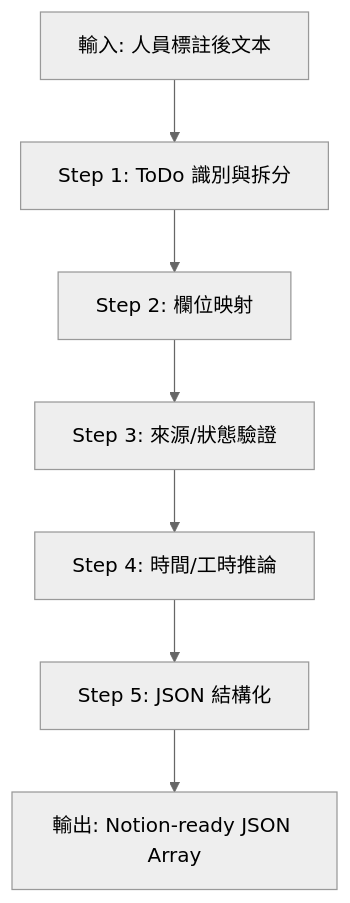
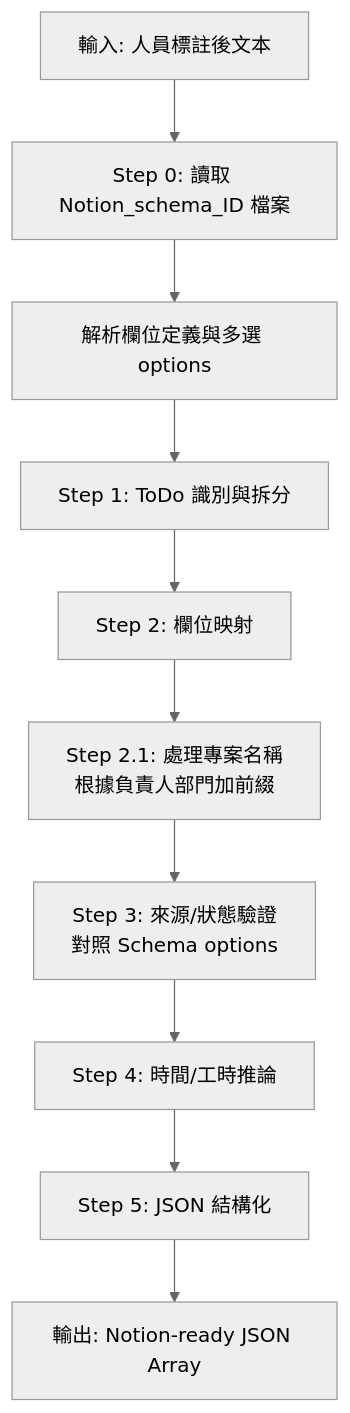
Before and after one commit to fsc0638/AutoScan: the second of 2 diagrams in .agent/skills/notion-mapper/SKILL.md, drawn with Mermaid (neutral theme). The commit also changed other lines of this file and 1 other file, not shown here.

First line of the commit message:
refactor: 更新 notion-mapper SKILL.md 專案名稱格式

````diff
--- a/.agent/skills/notion-mapper/SKILL.md
+++ b/.agent/skills/notion-mapper/SKILL.md
@@ -127,9 +227,12 @@
 ```mermaid
 flowchart TD
-    A[輸入: 人員標註後文本] --> B[Step 1: ToDo 識別與拆分]
+    A[輸入: 人員標註後文本] --> A1[Step 0: 讀取 Notion_schema_ID 檔案]
+    A1 --> A2[解析欄位定義與多選 options]
+    A2 --> B[Step 1: ToDo 識別與拆分]
     B --> C[Step 2: 欄位映射]
-    C --> D[Step 3: 來源/狀態驗證]
+    C --> C1[Step 2.1: 處理專案名稱<br/>根據負責人部門加前綴]
+    C1 --> D[Step 3: 來源/狀態驗證<br/>對照 Schema options]
     D --> E[Step 4: 時間/工時推論]
     E --> F[Step 5: JSON 結構化]
     F --> G[輸出: Notion-ready JSON Array]
 ```
````
